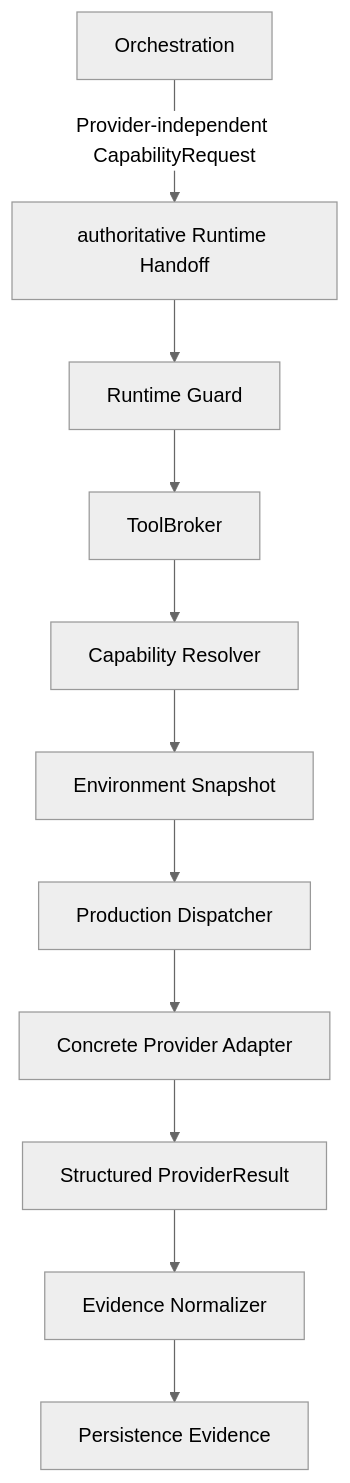
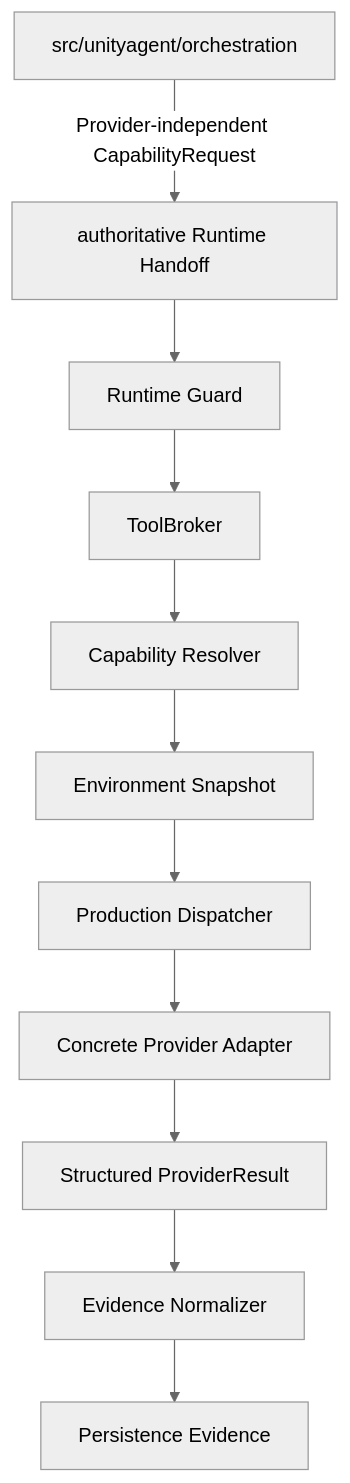
One commit to DarumaPPAP/UnityAgent changed the second of 3 diagrams in docs/migration/production-tool-runtime-cutover.md. Above: the diagram before and after it, drawn with Mermaid (neutral theme). The commit also changed other lines of this file and 1025 other files, not shown here.

````diff
--- a/docs/migration/production-tool-runtime-cutover.md
+++ b/docs/migration/production-tool-runtime-cutover.md
@@ -49,13 +49,13 @@
 ```mermaid
 flowchart TD
-    O[Orchestration] -->|Provider-independent CapabilityRequest| H[authoritative Runtime Handoff]
+    O[src/unityagent/orchestration] -->|Provider-independent CapabilityRequest| H[authoritative Runtime Handoff]
     H --> G[Runtime Guard]
     G --> B[ToolBroker]
     B --> R[Capability Resolver]
     R --> E[Environment Snapshot]
     E --> D[Production Dispatcher]
     D --> P[Concrete Provider Adapter]
     P --> X[Structured ProviderResult]
     X --> N[Evidence Normalizer]
     N --> S[Persistence Evidence]
 ```
````
